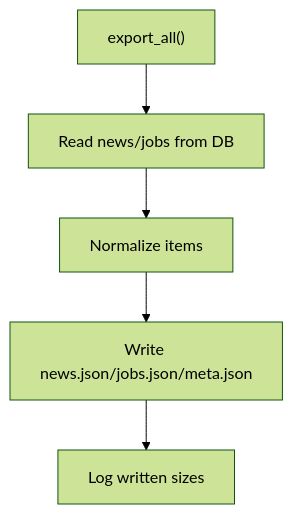
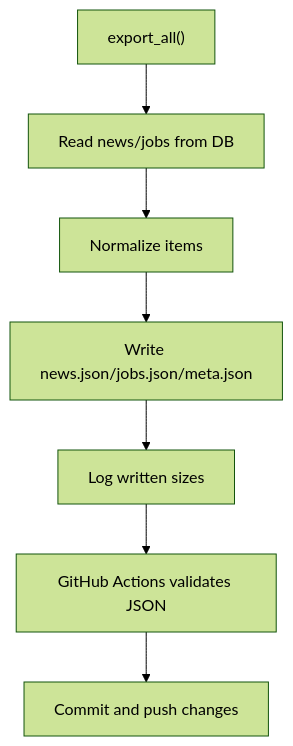
The seventh of 8 diagrams in .qoder/repowiki/en/content/Troubleshooting and FAQ.md (shakthi-vinayak/news), drawn with Mermaid (forest theme) before and after one commit. The commit also changed other lines of this file and 32 other files, not shown here.

````diff
--- a/.qoder/repowiki/en/content/Troubleshooting and FAQ.md
+++ b/.qoder/repowiki/en/content/Troubleshooting and FAQ.md
@@ -287,7 +286,9 @@
 ```mermaid
 flowchart TD
 A["export_all()"] --> B["Read news/jobs from DB"]
 B --> C["Normalize items"]
 C --> D["Write news.json/jobs.json/meta.json"]
 D --> E["Log written sizes"]
+E --> F["GitHub Actions validates JSON"]
+F --> G["Commit and push changes"]
 ```
````
